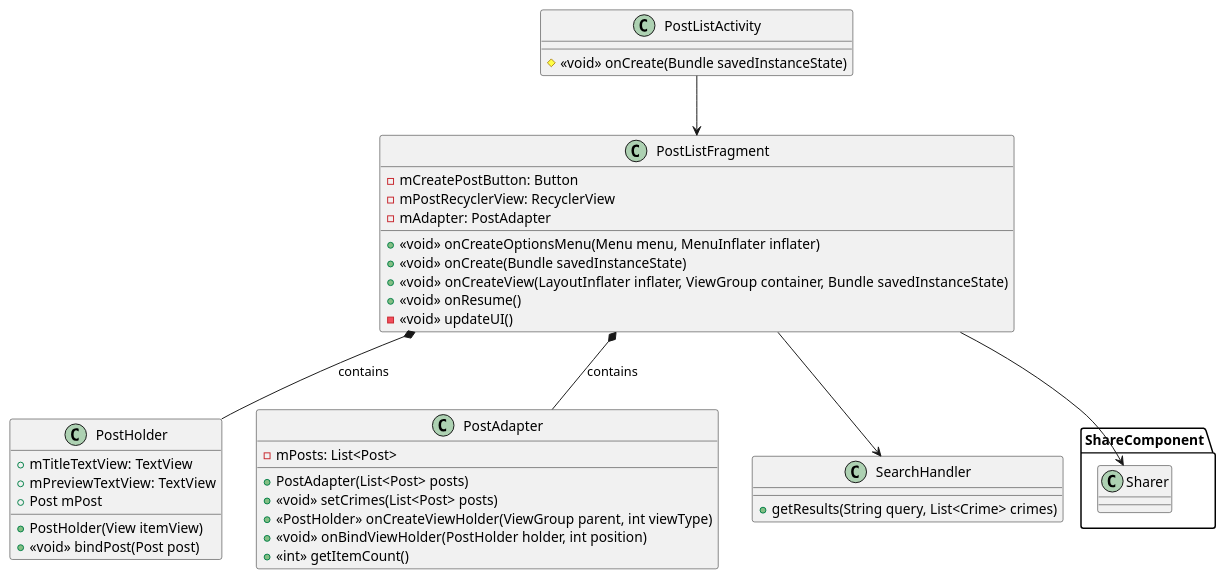
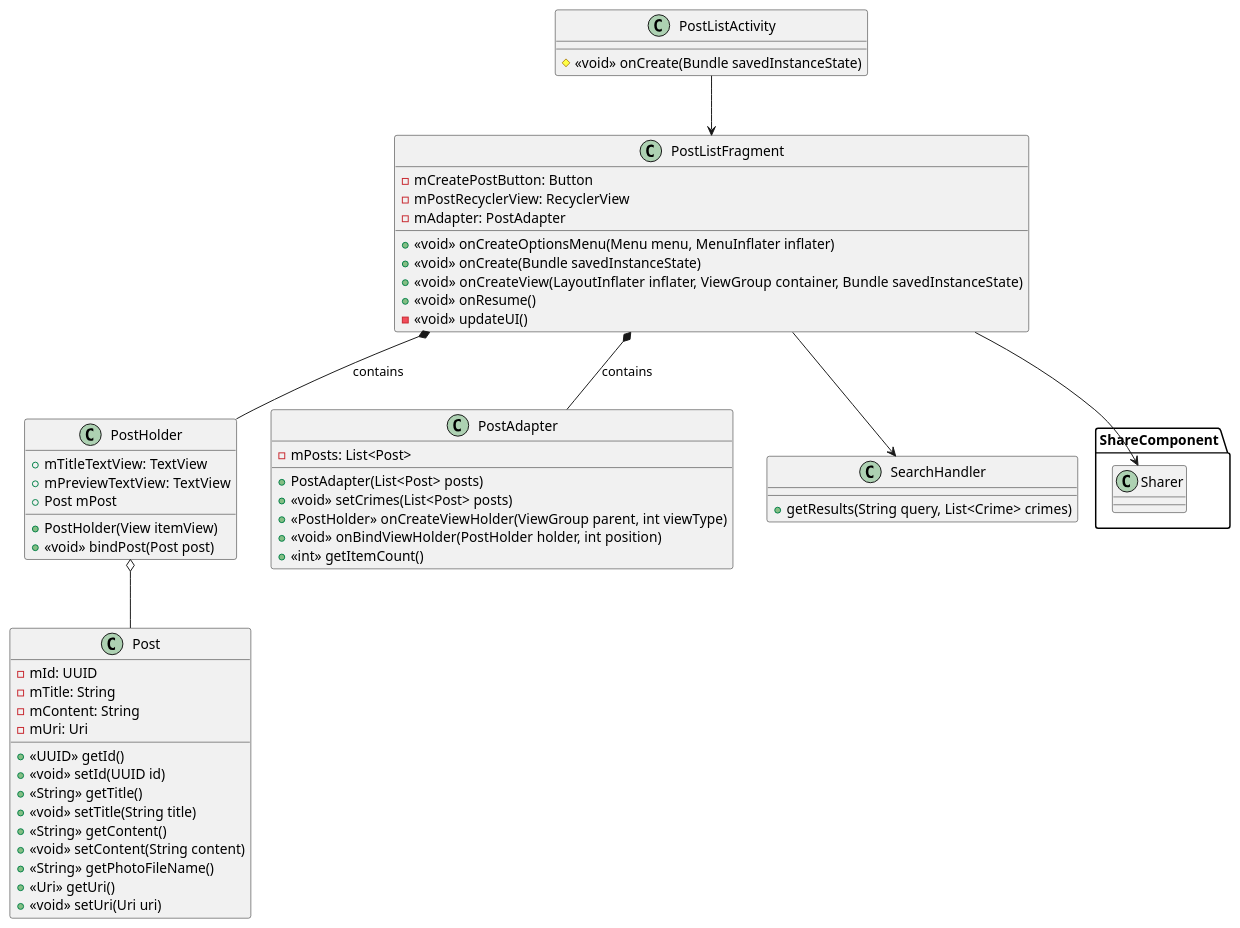
One commit to cBridges851/devwrite changed the diagram in diagrams/Post List UML.puml. Above: the diagram before and after it, drawn with PlantUML.

Commit message:
Update Post List UML.puml

```diff
--- a/diagrams/Post List UML.puml
+++ b/diagrams/Post List UML.puml
@@ -1,49 +1,66 @@
 @startuml
 ' Post List Component
 
     class PostListActivity {
         # <<void>> onCreate(Bundle savedInstanceState)
     }
 
     class PostListFragment {
         - mCreatePostButton: Button
         - mPostRecyclerView: RecyclerView
         - mAdapter: PostAdapter
         + <<void>> onCreateOptionsMenu(Menu menu, MenuInflater inflater)
         + <<void>> onCreate(Bundle savedInstanceState)
         + <<void>> onCreateView(LayoutInflater inflater, ViewGroup container, Bundle savedInstanceState)
         + <<void>> onResume()
         - <<void>> updateUI()
     }
 
     class PostHolder {
         + mTitleTextView: TextView
         + mPreviewTextView: TextView
         + Post mPost
         + PostHolder(View itemView)
         + <<void>> bindPost(Post post)
     }
 
     class PostAdapter {
         - mPosts: List<Post>
         + PostAdapter(List<Post> posts)
         + <<void>> setCrimes(List<Post> posts)
         + <<PostHolder>> onCreateViewHolder(ViewGroup parent, int viewType)
         + <<void>> onBindViewHolder(PostHolder holder, int position)
         + <<int>> getItemCount()
     }
 
     class SearchHandler {
         + getResults(String query, List<Crime> crimes)
     }
 
     namespace ShareComponent {
         class Sharer
     }
 
+    class Post {
+        - mId: UUID
+        - mTitle: String
+        - mContent: String
+        - mUri: Uri
+        + <<UUID>> getId()
+        + <<void>> setId(UUID id)
+        + <<String>> getTitle()
+        + <<void>> setTitle(String title)
+        + <<String>> getContent()
+        + <<void>> setContent(String content)
+        + <<String>> getPhotoFileName()
+        + <<Uri>> getUri()
+        + <<void>> setUri(Uri uri)
+    }
+
     PostListActivity --> PostListFragment
     PostListFragment --> SearchHandler
     PostListFragment *-- PostHolder : "contains"
     PostListFragment *-- PostAdapter : "contains"
+    PostHolder o-- Post
     PostListFragment --> Sharer
 @enduml
```
